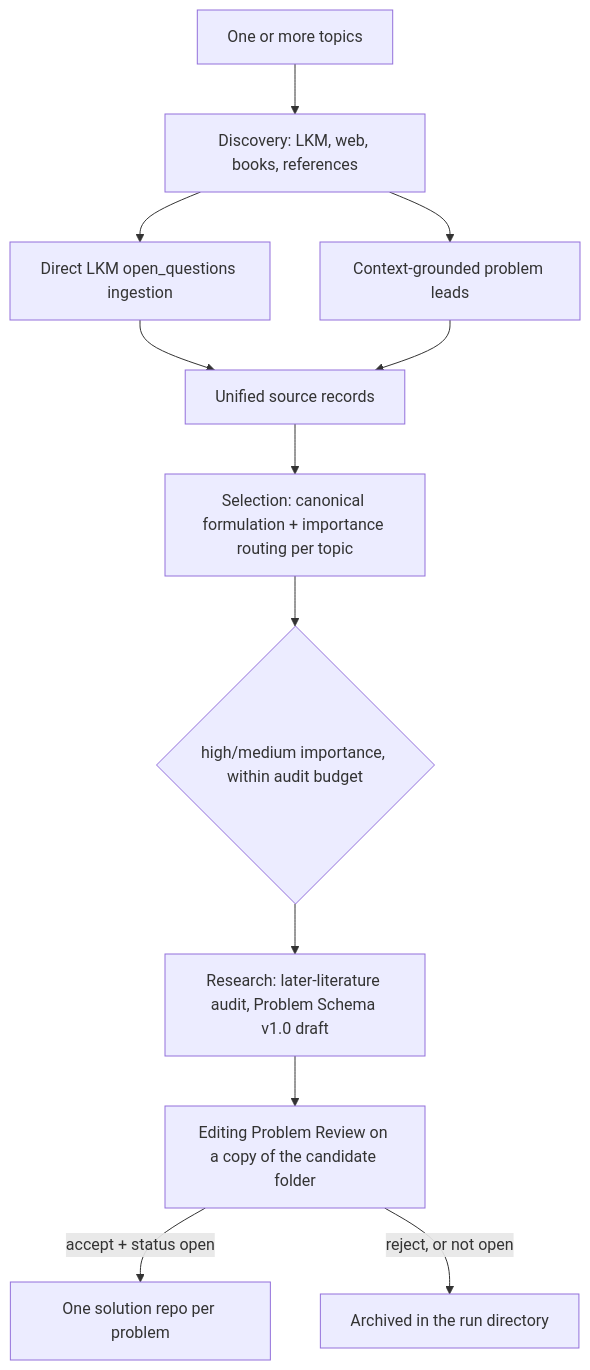
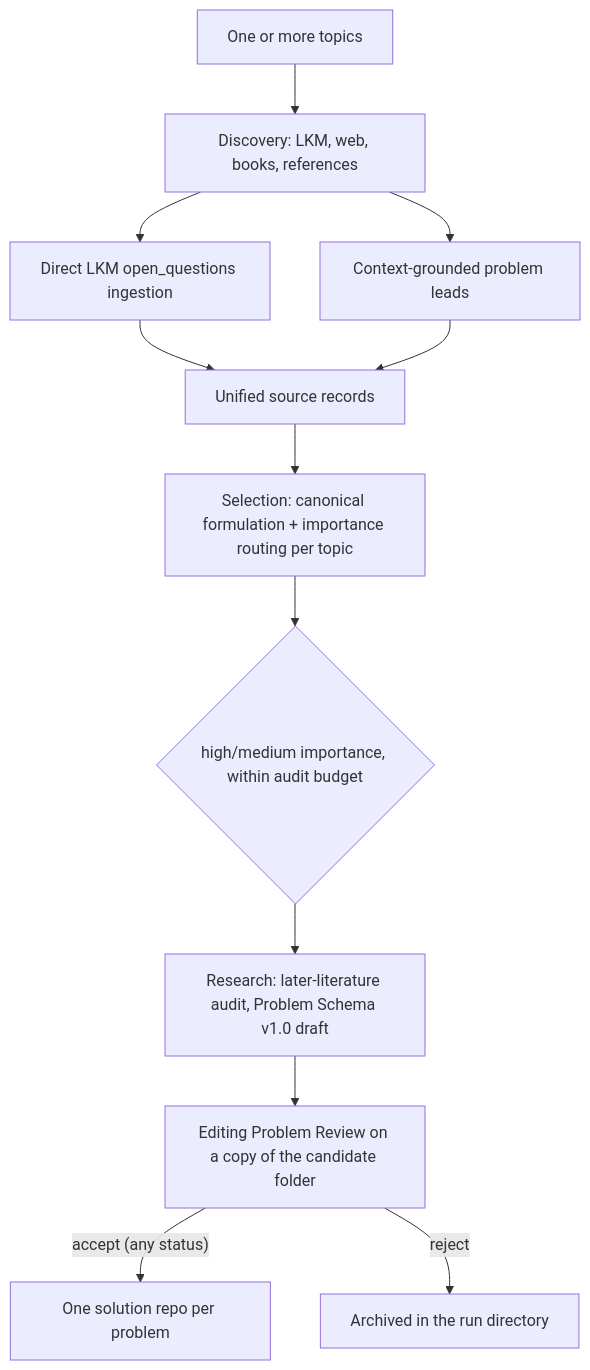
Before and after one commit to kunyuan/open-research-discovery: the diagram in README.md, drawn with Mermaid. The commit also changed other lines of this file and 10 other files, not shown here.

````diff
--- a/README.md
+++ b/README.md
@@ -91,14 +91,14 @@
 ```mermaid
 flowchart TD
     T["One or more topics"] --> D["Discovery: LKM, web, books, references"]
     D --> L["Direct LKM open_questions ingestion"]
     D --> C["Context-grounded problem leads"]
     L --> S["Unified source records"]
     C --> S
     S --> A["Selection: canonical formulation + importance routing per topic"]
     A --> G{"high/medium importance, within audit budget"}
     G --> R["Research: later-literature audit, Problem Schema v1.0 draft"]
     R --> P["Editing Problem Review on a copy of the candidate folder"]
-    P -->|"accept + status open"| O["One solution repo per problem"]
-    P -->|"reject, or not open"| X["Archived in the run directory"]
+    P -->|"accept (any status)"| O["One solution repo per problem"]
+    P -->|"reject"| X["Archived in the run directory"]
 ```
````
